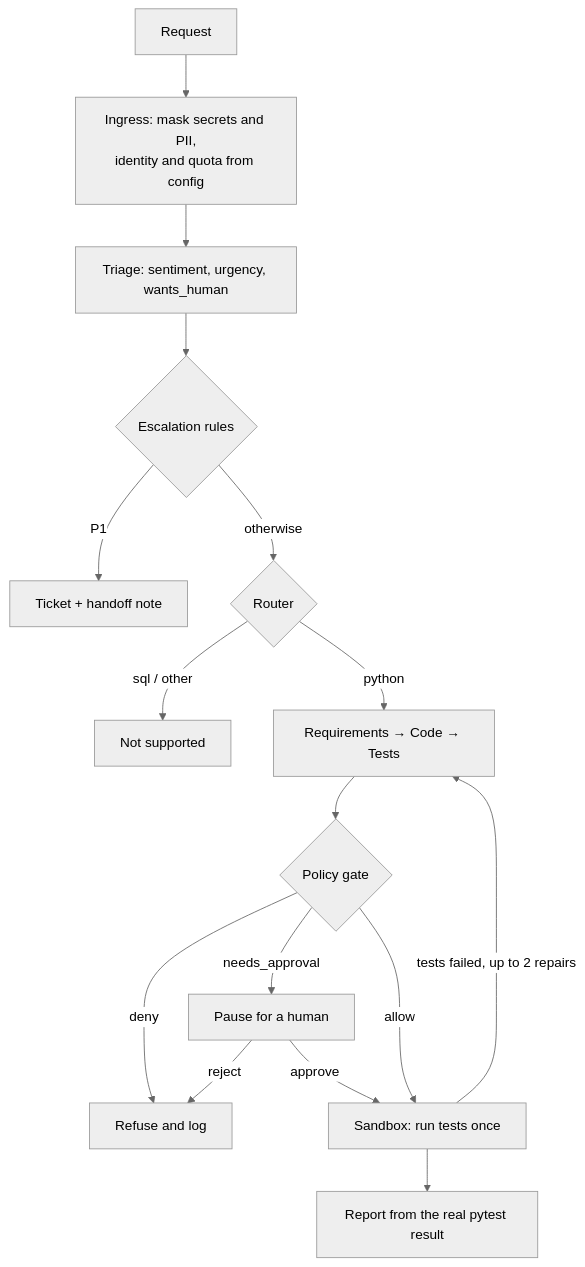
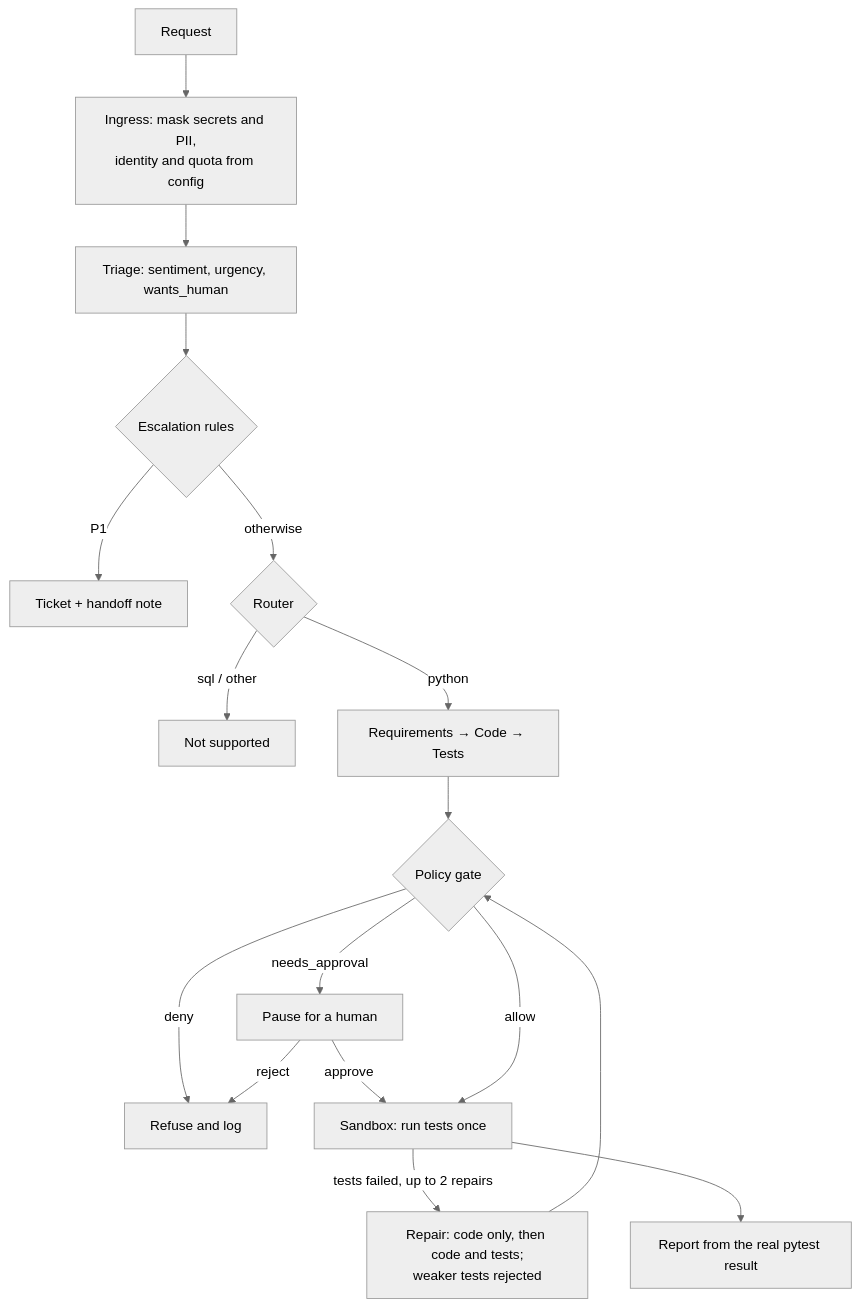
The diagram in README.md (dipanshuCodes/codeforge), drawn with Mermaid (neutral theme) before and after one commit. The commit also changed 3 other files, not shown here.

First line of the commit message:
Repair loop: report tests, docs, tracker; fix ENV_KEYS (issue #7, tasks 4-5)

````diff
--- a/README.md
+++ b/README.md
@@ -34,18 +34,19 @@
 ```mermaid
 flowchart TD
     A[Request] --> B[Ingress: mask secrets and PII,<br/>identity and quota from config]
     B --> C[Triage: sentiment, urgency, wants_human]
     C --> D{Escalation rules}
     D -- P1 --> T[Ticket + handoff note]
     D -- otherwise --> E{Router}
     E -- sql / other --> U[Not supported]
     E -- python --> F[Requirements → Code → Tests]
     F --> G{Policy gate}
     G -- deny --> R[Refuse and log]
     G -- needs_approval --> H[Pause for a human]
     H -- reject --> R
     H -- approve --> X
     G -- allow --> X[Sandbox: run tests once]
-    X -- tests failed, up to 2 repairs --> F
+    X -- tests failed, up to 2 repairs --> V[Repair: code only, then code and tests;<br/>weaker tests rejected]
+    V --> G
     X --> P[Report from the real pytest result]
 ```
````
